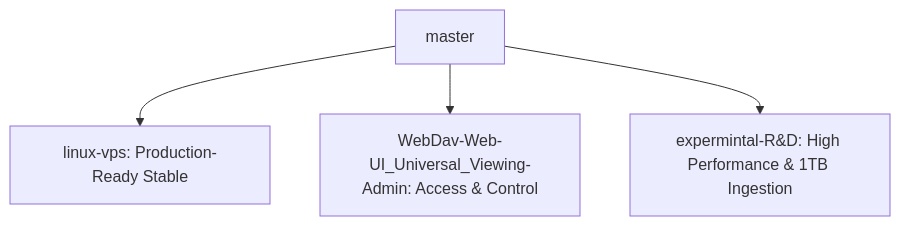
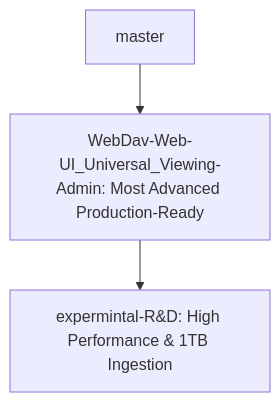
One commit to RealDeep17/Octor changed the diagram in TODO.md. Above: the diagram before and after it, drawn with Mermaid. The commit also changed other lines of this file, not shown here.

Commit message:
Update TODO.md to reflect new branch hierarchy (Admin as primary)

````diff
--- a/TODO.md
+++ b/TODO.md
@@ -9,6 +9,5 @@
 ```mermaid
 graph TD
-    master[master] --> vps[linux-vps: Production-Ready Stable]
-    master --> admin[WebDav-Web-UI_Universal_Viewing-Admin: Access & Control]
-    master --> rd[expermintal-R&D: High Performance & 1TB Ingestion]
+    master[master] --> admin[WebDav-Web-UI_Universal_Viewing-Admin: Most Advanced Production-Ready]
+    admin --> rd[expermintal-R&D: High Performance & 1TB Ingestion]
 ```
````
